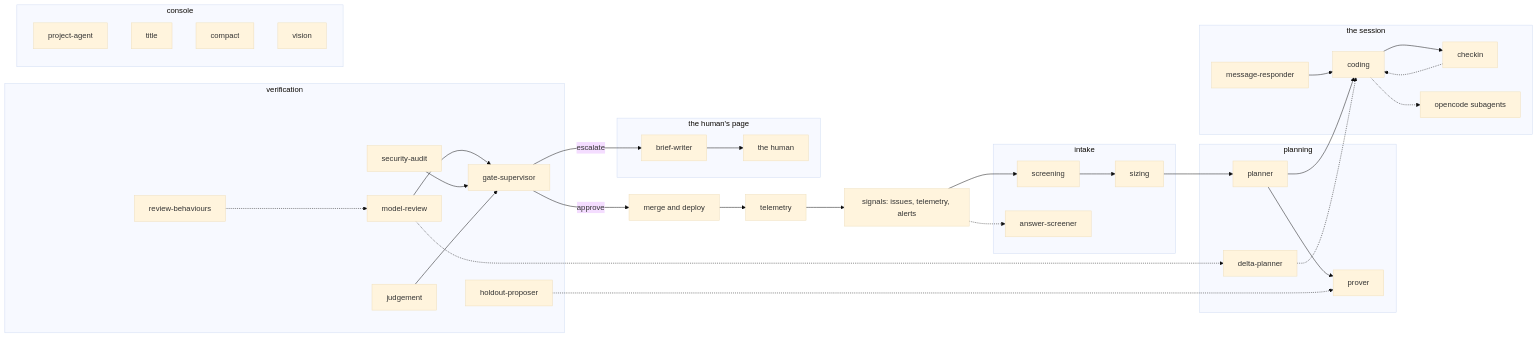
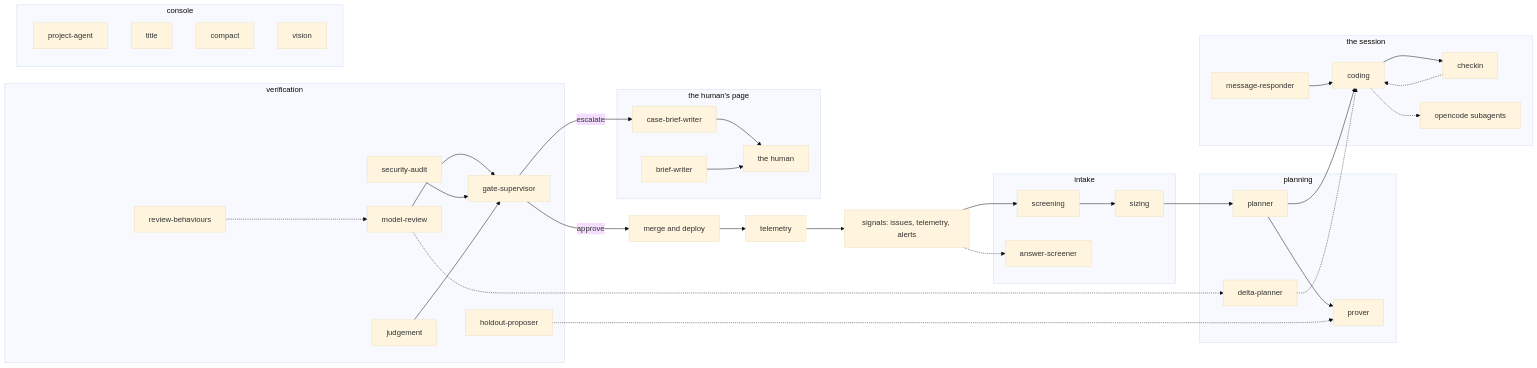
One commit to sebastianrueckerai/ai-software-factory-code changed the diagram in cmd/agentdoc/master.mmd. Above: the diagram before and after it, drawn with Mermaid (base theme). The commit also changed 22 other files, not shown here.

First line of the commit message:
Brief writer round 1: scrub texts before the marshal, spare a spent budget its calls, share a pass across projects

```diff
--- a/cmd/agentdoc/master.mmd
+++ b/cmd/agentdoc/master.mmd
@@ -1,56 +1,58 @@
 graph LR
   signals["signals: issues, telemetry, alerts"]
   subgraph intake["intake"]
     screening["screening"]
     sizing["sizing"]
     answer-screener["answer-screener"]
   end
   subgraph planning["planning"]
     planner["planner"]
     prover["prover"]
     delta-planner["delta-planner"]
   end
   subgraph the-session["the session"]
     coding["coding"]
     message-responder["message-responder"]
     checkin["checkin"]
     opencode-subagents["opencode subagents"]
   end
   subgraph verification["verification"]
     judgement["judgement"]
     review-behaviours["review-behaviours"]
     model-review["model-review"]
     security-audit["security-audit"]
     holdout-proposer["holdout-proposer"]
     gate-supervisor["gate-supervisor"]
   end
   subgraph the-human["the human's page"]
     brief-writer["brief-writer"]
+    case-brief-writer["case-brief-writer"]
     human["the human"]
   end
   subgraph console["console"]
     project-agent["project-agent"]
     title["title"]
     compact["compact"]
     vision["vision"]
   end
   deploy["merge and deploy"]
   telemetry["telemetry"]
 
   signals --> screening --> sizing --> planner --> coding
   signals -.-> answer-screener
   planner --> prover
   holdout-proposer -.-> prover
   coding -.-> opencode-subagents
   message-responder --> coding
   coding --> checkin
   checkin -.-> coding
   model-review --> gate-supervisor
   security-audit --> gate-supervisor
   judgement --> gate-supervisor
   review-behaviours -.-> model-review
   model-review -.-> delta-planner
   delta-planner -.-> coding
   gate-supervisor -->|approve| deploy
-  gate-supervisor -->|escalate| brief-writer --> human
+  gate-supervisor -->|escalate| case-brief-writer --> human
+  brief-writer --> human
   deploy --> telemetry --> signals
```
